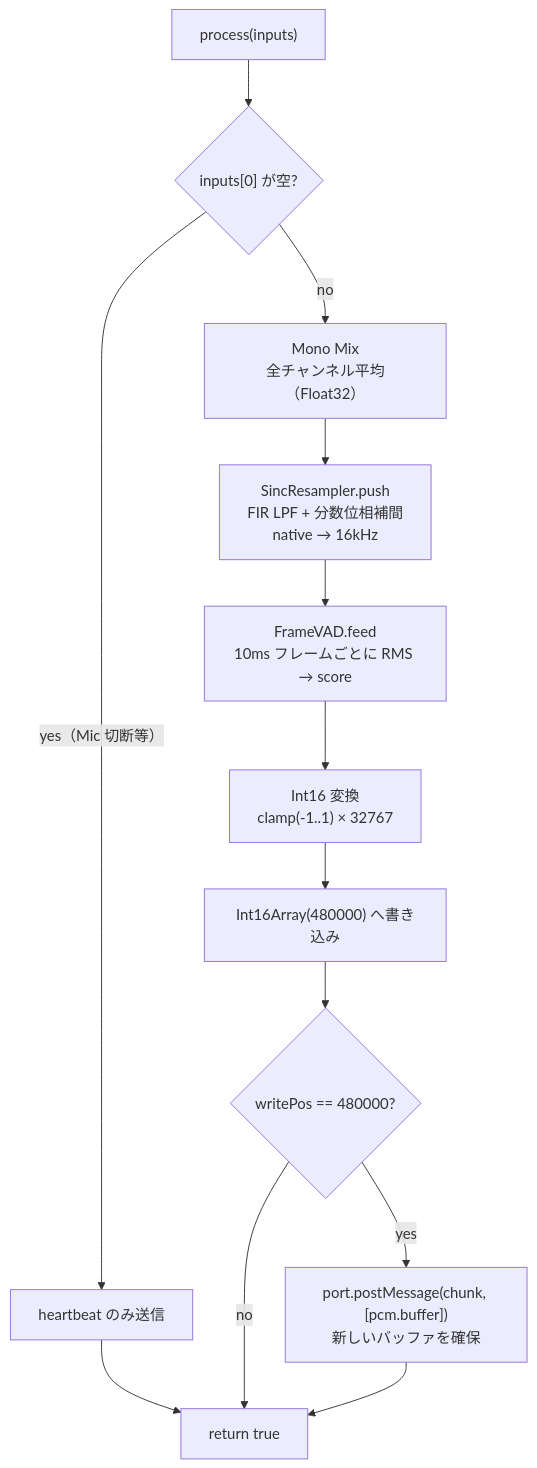
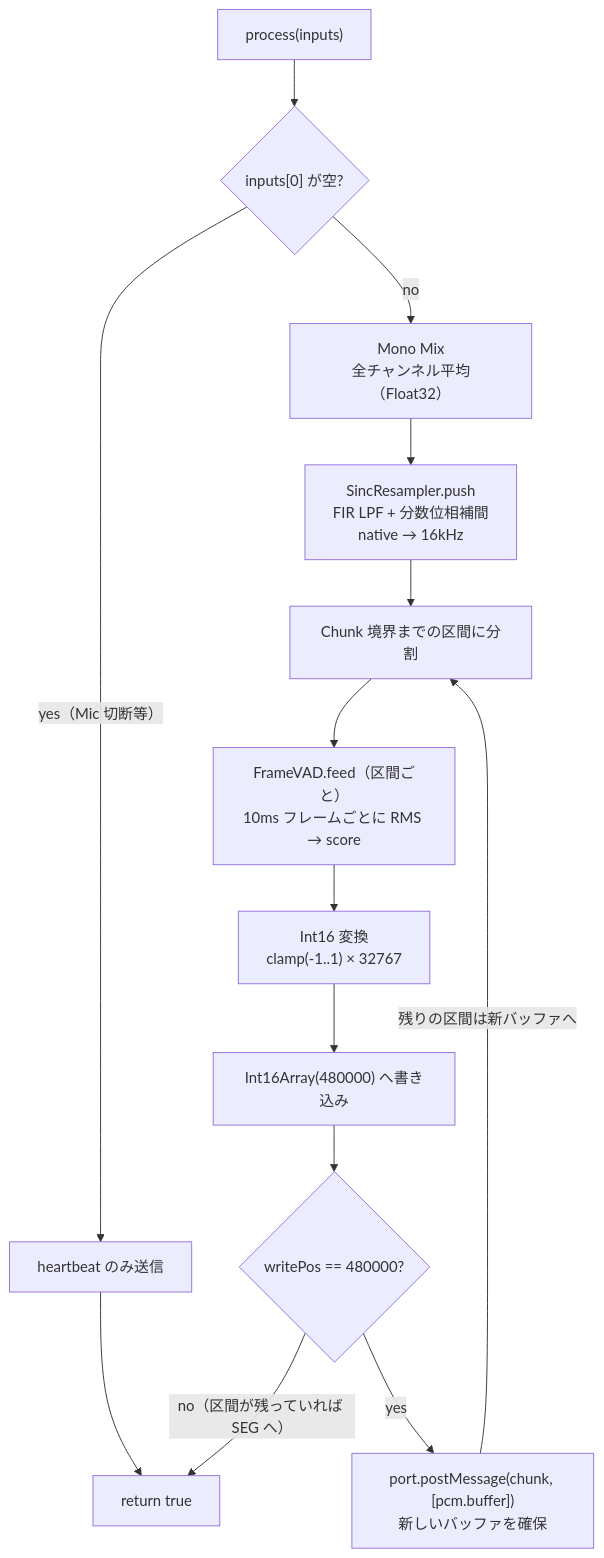
One commit to myoshi2891/Meeting-Minutes-App changed the fourth of 6 diagrams in design-local-phase1.md. Above: the diagram before and after it, drawn with Mermaid. The commit also changed other lines of this file and 1 other file, not shown here.

````diff
--- a/design-local-phase1.md
+++ b/design-local-phase1.md
@@ -1199,14 +1199,15 @@
 ```mermaid
 flowchart TB
     P["process(inputs)"] --> Q{"inputs[0] が空?"}
     Q -->|"yes（Mic 切断等）"| HB[heartbeat のみ送信] --> R[return true]
     Q -->|no| MM["Mono Mix<br/>全チャンネル平均（Float32）"]
     MM --> RS["SincResampler.push<br/>FIR LPF + 分数位相補間<br/>native → 16kHz"]
-    RS --> VAD["FrameVAD.feed<br/>10ms フレームごとに RMS → score"]
+    RS --> SEG["Chunk 境界までの区間に分割"]
+    SEG --> VAD["FrameVAD.feed（区間ごと）<br/>10ms フレームごとに RMS → score"]
     VAD --> I16["Int16 変換<br/>clamp(-1..1) × 32767"]
     I16 --> ACC["Int16Array(480000) へ書き込み"]
     ACC --> FULL{"writePos == 480000?"}
     FULL -->|yes| POST["port.postMessage(chunk, [pcm.buffer])<br/>新しいバッファを確保"]
-    FULL -->|no| R
-    POST --> R
+    FULL -->|"no（区間が残っていれば SEG へ）"| R
+    POST -->|"残りの区間は新バッファへ"| SEG
 ```
````
